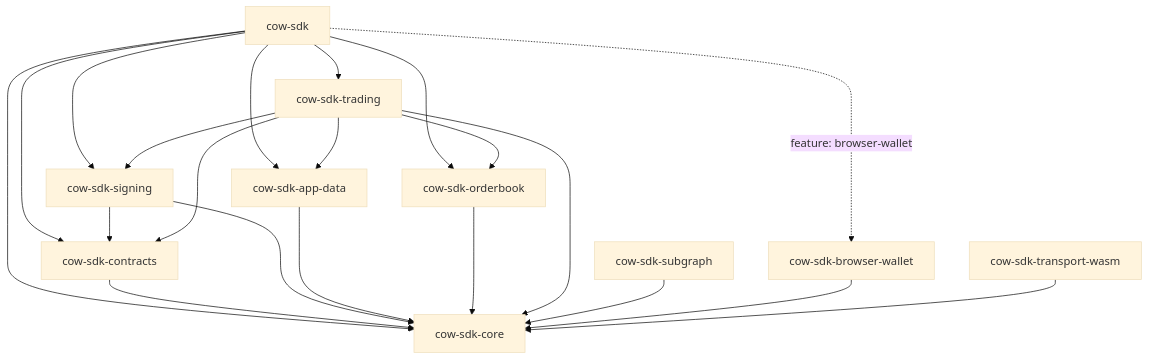
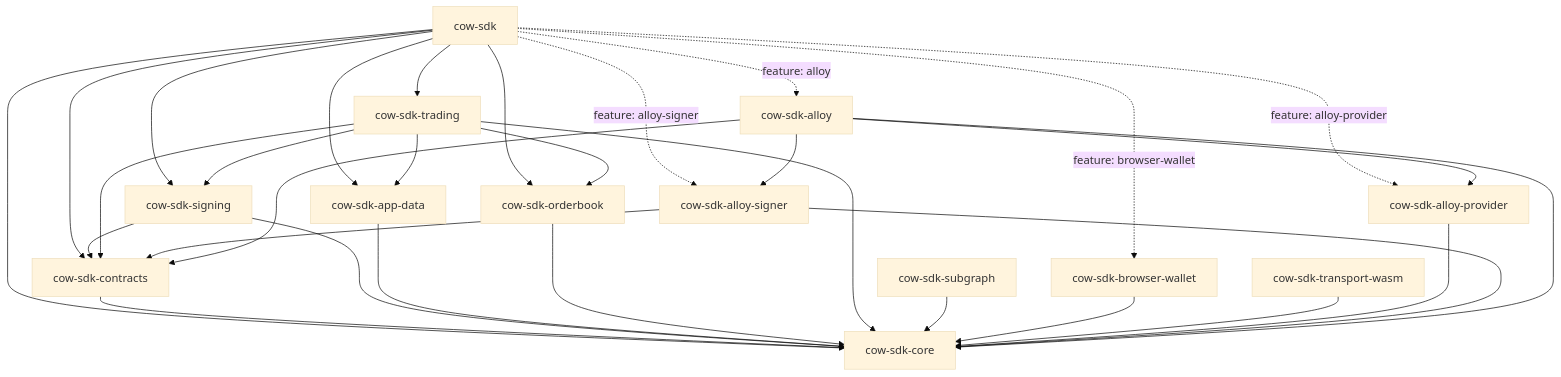
The diagram in docs/architecture.md (0xSymbiome/cow-rs), drawn with Mermaid (base theme) before and after one commit. The commit also changed other lines of this file and 92 other files, not shown here.

````diff
--- a/docs/architecture.md
+++ b/docs/architecture.md
@@ -6,34 +6,47 @@
 ```mermaid
 flowchart TD
   sdk["cow-sdk"];
   core["cow-sdk-core"];
   contracts["cow-sdk-contracts"];
   signing["cow-sdk-signing"];
   appdata["cow-sdk-app-data"];
   orderbook["cow-sdk-orderbook"];
   trading["cow-sdk-trading"];
   subgraph_crate["cow-sdk-subgraph"];
   wallet["cow-sdk-browser-wallet"];
   transport_wasm["cow-sdk-transport-wasm"];
+  alloy_provider["cow-sdk-alloy-provider"];
+  alloy_signer["cow-sdk-alloy-signer"];
+  alloy["cow-sdk-alloy"];
 
   sdk --> core;
   sdk --> contracts;
   sdk --> signing;
   sdk --> appdata;
   sdk --> orderbook;
   sdk --> trading;
   sdk -.->|feature: browser-wallet| wallet;
+  sdk -.->|feature: alloy-provider| alloy_provider;
+  sdk -.->|feature: alloy-signer| alloy_signer;
+  sdk -.->|feature: alloy| alloy;
   contracts --> core;
   signing --> core;
   signing --> contracts;
   appdata --> core;
   orderbook --> core;
   trading --> core;
   trading --> contracts;
   trading --> signing;
   trading --> appdata;
   trading --> orderbook;
   subgraph_crate --> core;
   wallet --> core;
   transport_wasm --> core;
+  alloy_provider --> core;
+  alloy_signer --> core;
+  alloy_signer --> contracts;
+  alloy --> core;
+  alloy --> contracts;
+  alloy --> alloy_provider;
+  alloy --> alloy_signer;
 ```
````
